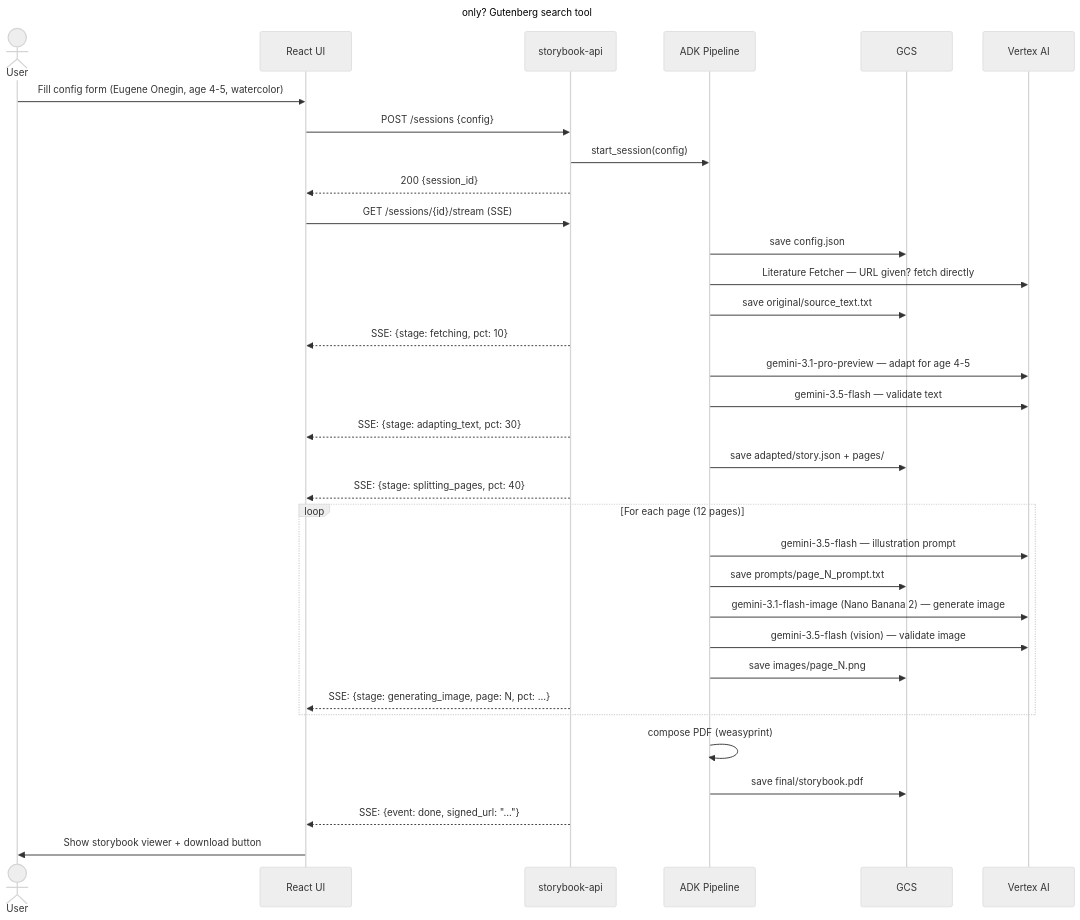
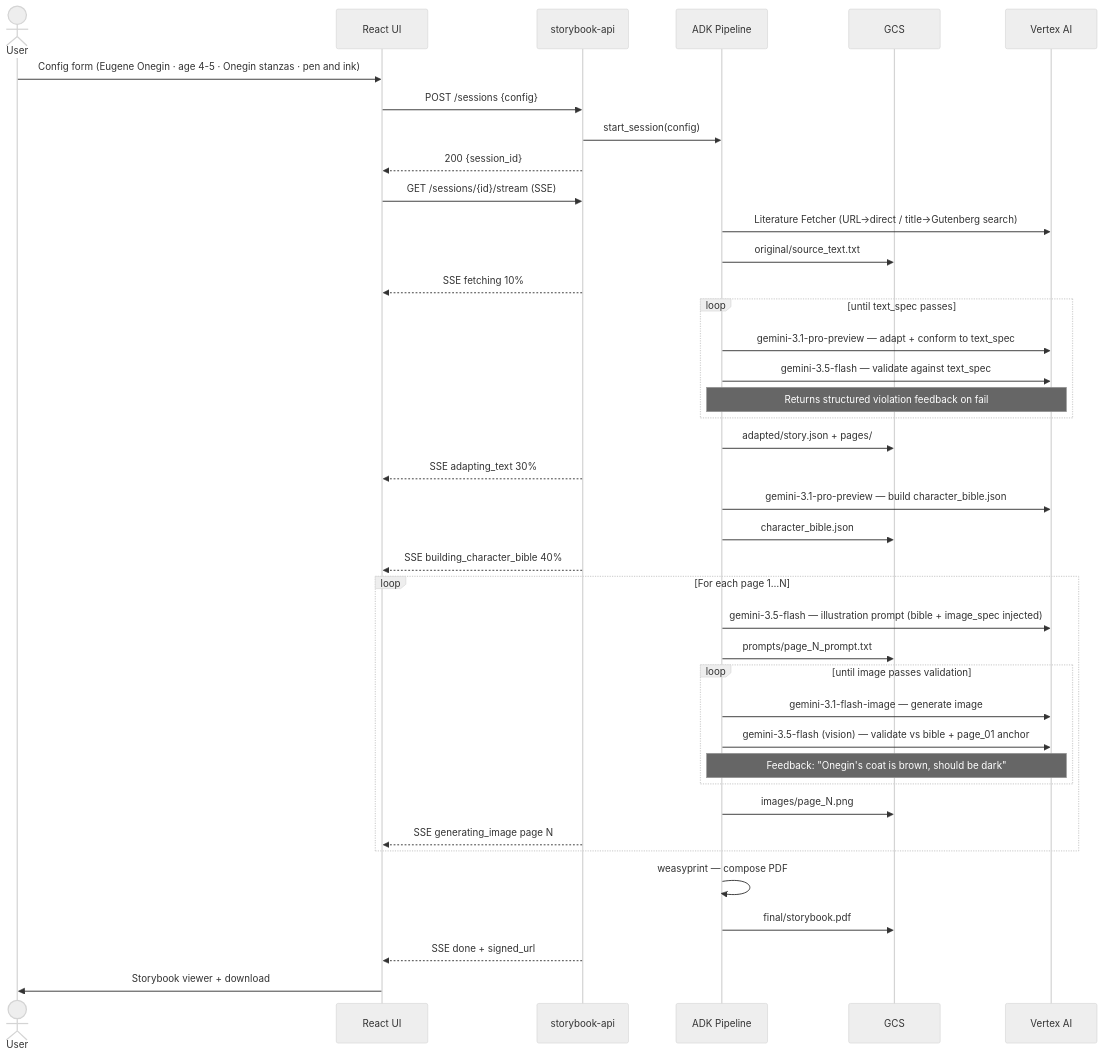
Before and after one commit to arbrown/asp: the fourth of 4 diagrams in docs/architecture/architecture.md, drawn with Mermaid (neutral theme). The commit also changed other lines of this file, not shown here.

First line of the commit message:
docs: add custom constraint system and Character Bible Agent

````diff
--- a/docs/architecture/architecture.md
+++ b/docs/architecture/architecture.md
@@ -248,41 +306,48 @@
 ```mermaid
 sequenceDiagram
     actor User
     participant UI as React UI
     participant API as storybook-api
     participant Agent as ADK Pipeline
     participant GCS
     participant Vertex as Vertex AI
 
-    User->>UI: Fill config form (Eugene Onegin, age 4-5, watercolor)
+    User->>UI: Config form (Eugene Onegin · age 4-5 · Onegin stanzas · pen and ink)
     UI->>API: POST /sessions {config}
     API->>Agent: start_session(config)
     API-->>UI: 200 {session_id}
     UI->>API: GET /sessions/{id}/stream (SSE)
 
-    Agent->>GCS: save config.json
-    Agent->>Vertex: Literature Fetcher — URL given? fetch directly; title only? Gutenberg search tool
-    Agent->>GCS: save original/source_text.txt
-    API-->>UI: SSE: {stage: fetching, pct: 10}
+    Agent->>Vertex: Literature Fetcher (URL→direct / title→Gutenberg search)
+    Agent->>GCS: original/source_text.txt
+    API-->>UI: SSE fetching 10%
 
-    Agent->>Vertex: gemini-3.1-pro-preview — adapt for age 4-5
-    Agent->>Vertex: gemini-3.5-flash — validate text
-    API-->>UI: SSE: {stage: adapting_text, pct: 30}
+    loop until text_spec passes
+        Agent->>Vertex: gemini-3.1-pro-preview — adapt + conform to text_spec
+        Agent->>Vertex: gemini-3.5-flash — validate against text_spec
+        Note over Agent,Vertex: Returns structured violation feedback on fail
+    end
+    Agent->>GCS: adapted/story.json + pages/
+    API-->>UI: SSE adapting_text 30%
 
-    Agent->>GCS: save adapted/story.json + pages/
-    API-->>UI: SSE: {stage: splitting_pages, pct: 40}
+    Agent->>Vertex: gemini-3.1-pro-preview — build character_bible.json
+    Agent->>GCS: character_bible.json
+    API-->>UI: SSE building_character_bible 40%
 
-    loop For each page (12 pages)
-        Agent->>Vertex: gemini-3.5-flash — illustration prompt
-        Agent->>GCS: save prompts/page_N_prompt.txt
-        Agent->>Vertex: gemini-3.1-flash-image (Nano Banana 2) — generate image
-        Agent->>Vertex: gemini-3.5-flash (vision) — validate image
-        Agent->>GCS: save images/page_N.png
-        API-->>UI: SSE: {stage: generating_image, page: N, pct: ...}
+    loop For each page 1…N
+        Agent->>Vertex: gemini-3.5-flash — illustration prompt (bible + image_spec injected)
+        Agent->>GCS: prompts/page_N_prompt.txt
+        loop until image passes validation
+            Agent->>Vertex: gemini-3.1-flash-image — generate image
+            Agent->>Vertex: gemini-3.5-flash (vision) — validate vs bible + page_01 anchor
+            Note over Agent,Vertex: Feedback: "Onegin's coat is brown, should be dark"
+        end
+        Agent->>GCS: images/page_N.png
+        API-->>UI: SSE generating_image page N
     end
 
-    Agent->>Agent: compose PDF (weasyprint)
-    Agent->>GCS: save final/storybook.pdf
-    API-->>UI: SSE: {event: done, signed_url: "..."}
-    UI->>User: Show storybook viewer + download button
+    Agent->>Agent: weasyprint — compose PDF
+    Agent->>GCS: final/storybook.pdf
+    API-->>UI: SSE done + signed_url
+    UI->>User: Storybook viewer + download
 ```
````
